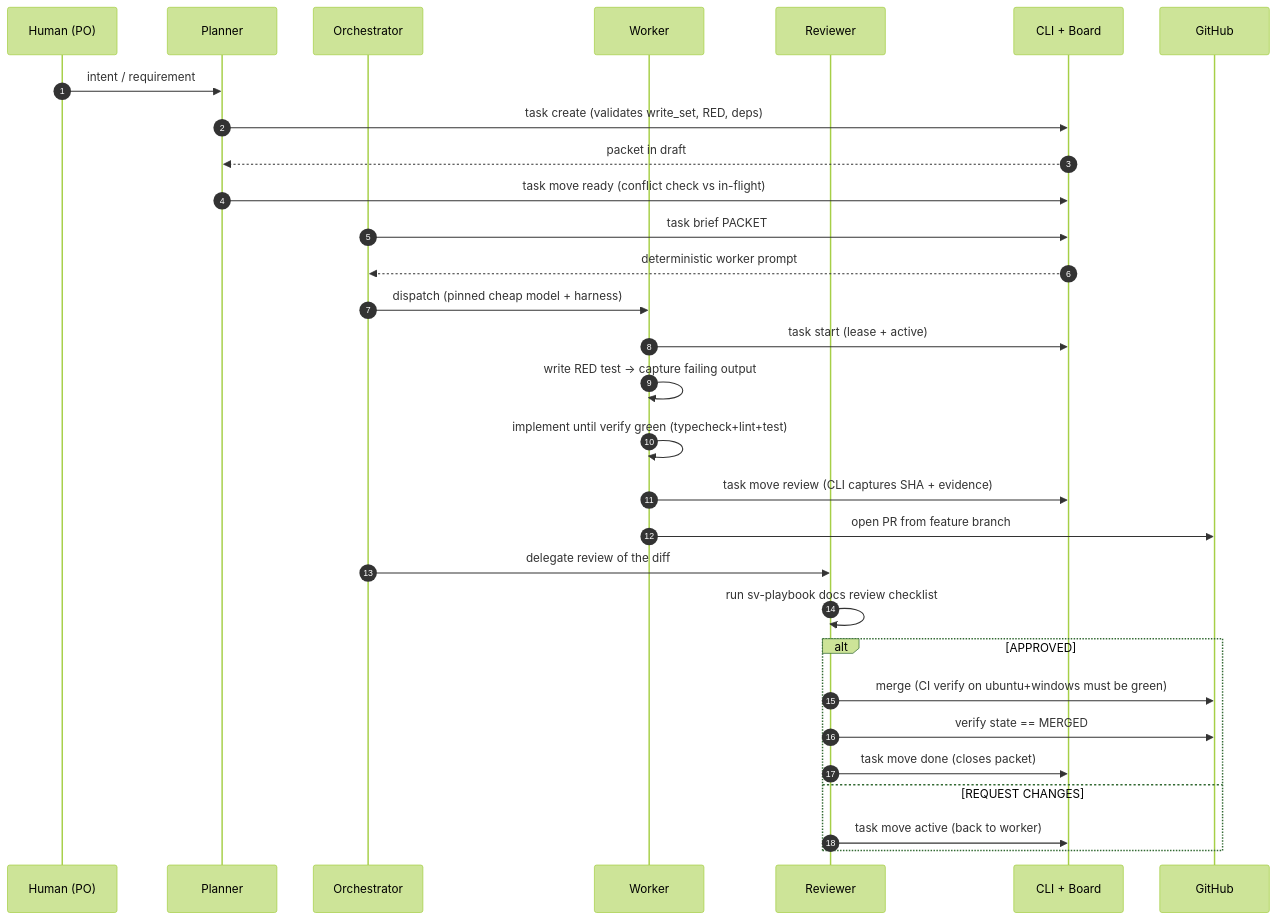
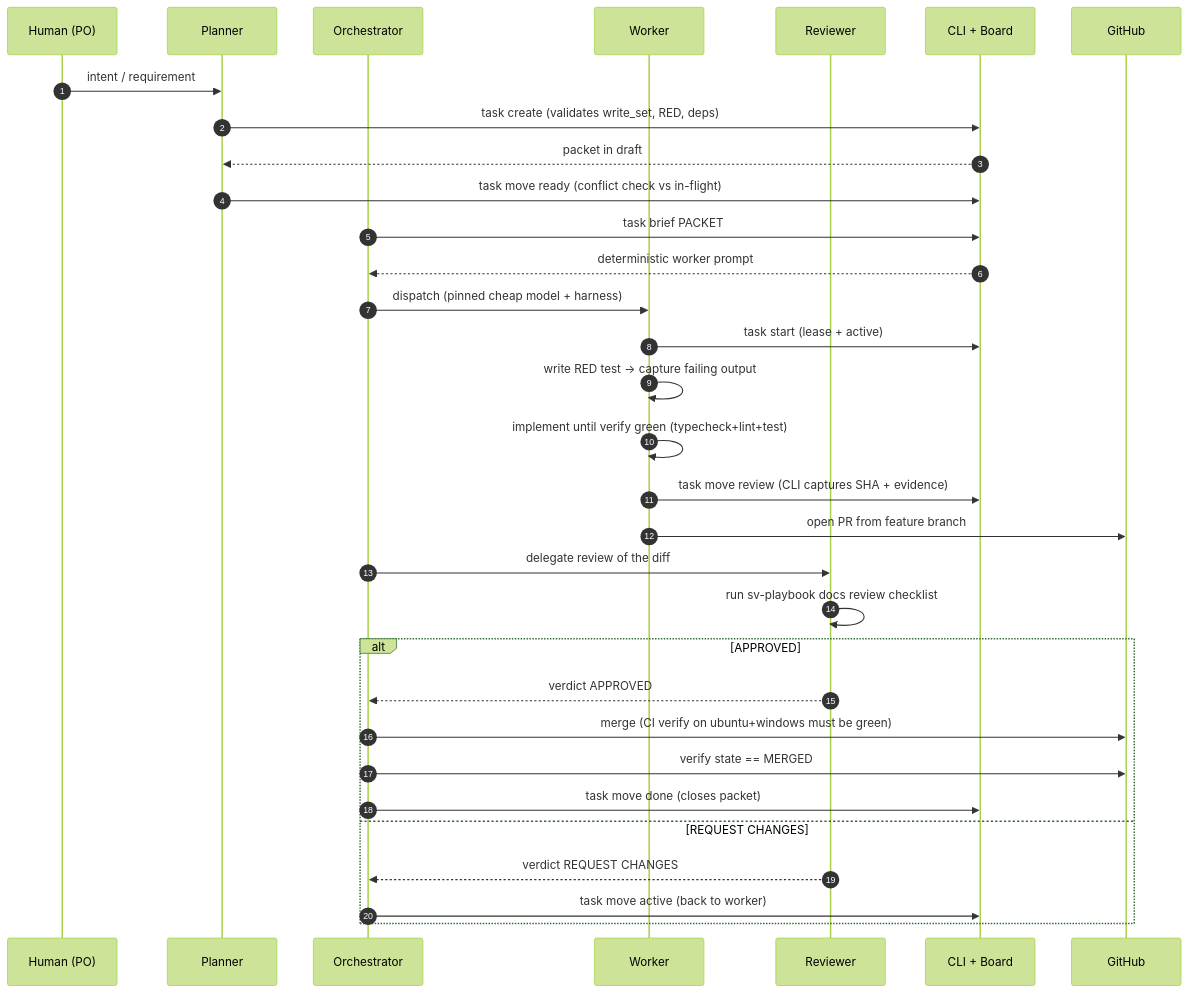
Before and after one commit to santiv343/sv-playbook: the seventh of 13 diagrams in docs/how-it-works.md, drawn with Mermaid (forest theme). The commit also changed other lines of this file, not shown here.

Commit message:
docs: relabel merge actor target-vs-current (orchestrator merges today)
Re-review of PR #22 found a single-source violation (PRINCIPLE-011): the
explainer stated "reviewer merges" as present fact in the mental-model
diagram, the roles table, the end-to-end sequence and the merge-gate section,
but AGENTS.md (the operative source) says the orchestrator merges on APPROVED.

Align the explainer to the CURRENT truth and mark reviewer-owns-merge as
TARGET / IN PROGRESS (ROLE-ORCHESTRATOR-HARDEN-001), mirroring the honesty
pattern already used in section 11. Also closes an internal contradiction in
section 7 (the diagram said orchestrator-merges while the table said
orchestrator-never-merges). No code change; docs only.

````diff
--- a/docs/how-it-works.md
+++ b/docs/how-it-works.md
@@ -223,33 +225,35 @@
 ```mermaid
 sequenceDiagram
     autonumber
     participant H as Human (PO)
     participant P as Planner
     participant O as Orchestrator
     participant W as Worker
     participant R as Reviewer
     participant CLI as CLI + Board
     participant GH as GitHub
 
     H->>P: intent / requirement
     P->>CLI: task create (validates write_set, RED, deps)
     CLI-->>P: packet in draft
     P->>CLI: task move ready (conflict check vs in-flight)
     O->>CLI: task brief PACKET
     CLI-->>O: deterministic worker prompt
     O->>W: dispatch (pinned cheap model + harness)
     W->>CLI: task start (lease + active)
     W->>W: write RED test → capture failing output
     W->>W: implement until verify green (typecheck+lint+test)
     W->>CLI: task move review (CLI captures SHA + evidence)
     W->>GH: open PR from feature branch
     O->>R: delegate review of the diff
     R->>R: run sv-playbook docs review checklist
     alt APPROVED
-        R->>GH: merge (CI verify on ubuntu+windows must be green)
-        R->>GH: verify state == MERGED
-        R->>CLI: task move done (closes packet)
+        R-->>O: verdict APPROVED
+        O->>GH: merge (CI verify on ubuntu+windows must be green)
+        O->>GH: verify state == MERGED
+        O->>CLI: task move done (closes packet)
     else REQUEST CHANGES
-        R->>CLI: task move active (back to worker)
+        R-->>O: verdict REQUEST CHANGES
+        O->>CLI: task move active (back to worker)
     end
 ```
````
